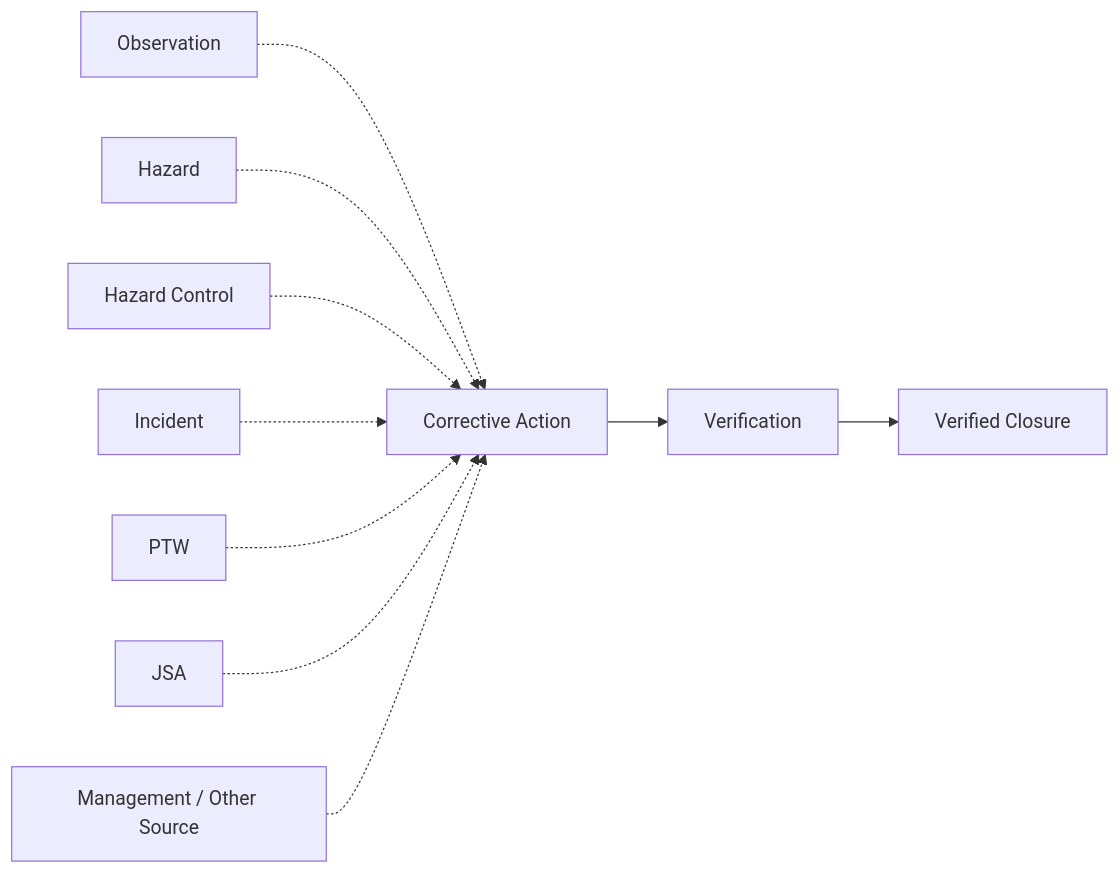
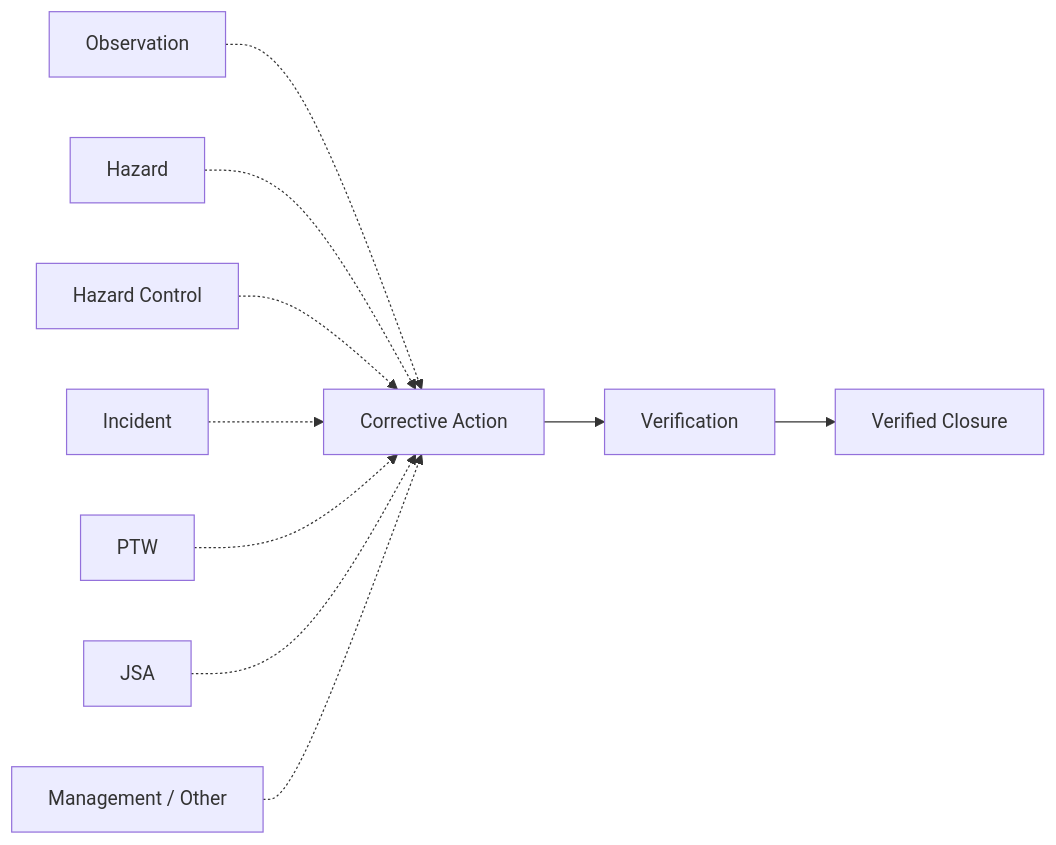
Before and after one commit to Euchie23/HSEQ_Risk_Intel: the fifth of 10 diagrams in docs/Database_ERD.md, drawn with Mermaid. The commit also changed other lines of this file, not shown here.

First line of the commit message:
Improve clarity and consistency in Database ERD documentation

````diff
--- a/docs/Database_ERD.md
+++ b/docs/Database_ERD.md
@@ -352,25 +299,25 @@
 ```mermaid
 flowchart LR
 
     OBS["Observation"]
     HAZ["Hazard"]
     CTRL["Hazard Control"]
     INC["Incident"]
     PTW["PTW"]
     JSA["JSA"]
-    MGMT["Management / Other Source"]
+    OTHER["Management / Other"]
 
     CA["Corrective Action"]
     VERIFY["Verification"]
     CLOSE["Verified Closure"]
 
     OBS -.-> CA
     HAZ -.-> CA
     CTRL -.-> CA
     INC -.-> CA
     PTW -.-> CA
     JSA -.-> CA
-    MGMT -.-> CA
+    OTHER -.-> CA
 
     CA --> VERIFY --> CLOSE
 ```
````
